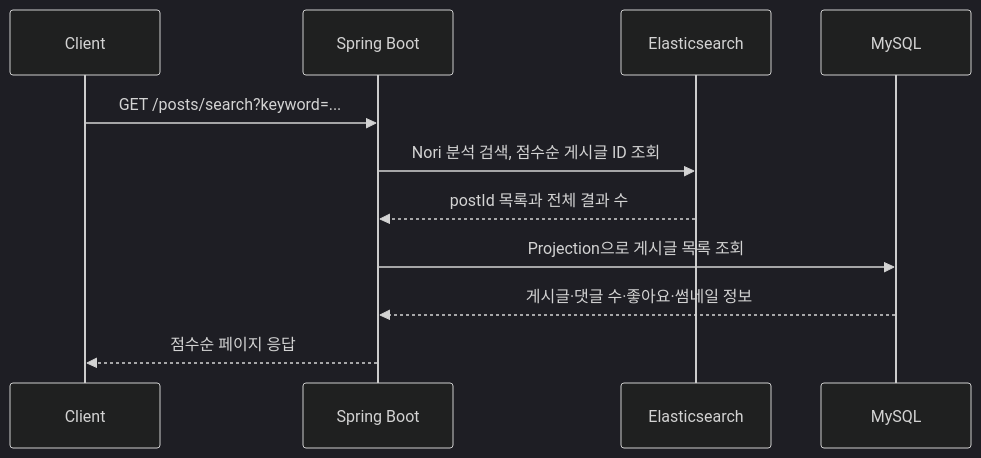
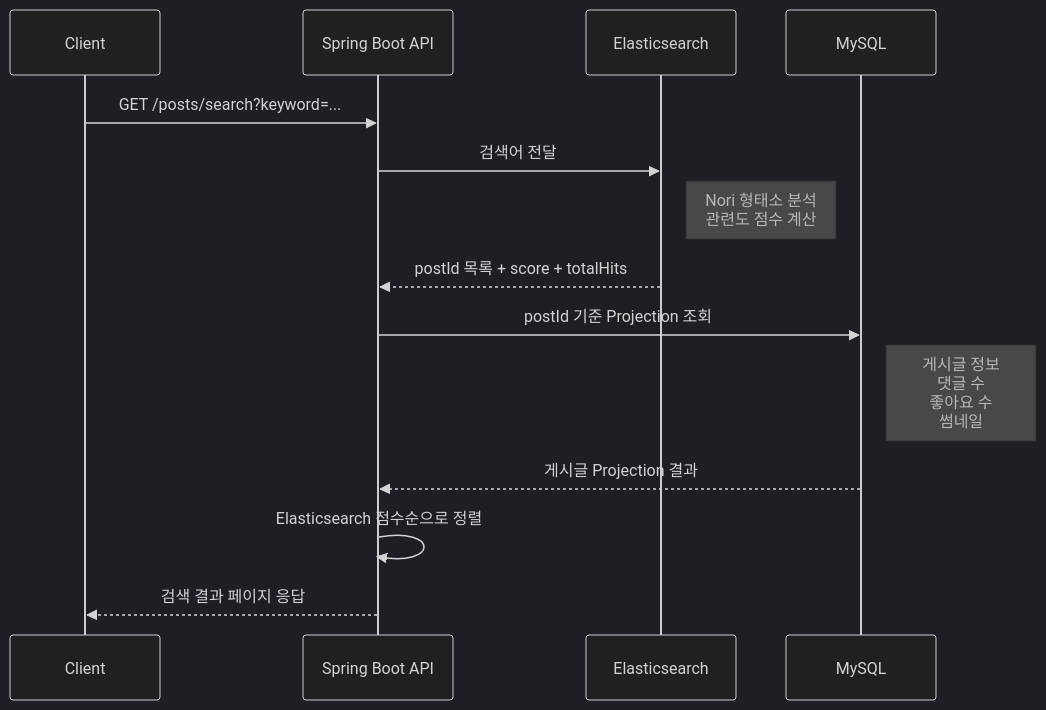
One commit to 100-hours-a-week/KTB4_Martin_Movie_BE changed the first of 2 diagrams in README.md. Above: the diagram before and after it, drawn with Mermaid (dark theme). The commit also changed other lines of this file, not shown here.

````diff
--- a/README.md
+++ b/README.md
@@ -183,14 +168,22 @@
-```mermaid
+```mermaid  
 sequenceDiagram
     participant C as Client
-    participant B as Spring Boot
+    participant API as Spring Boot API
     participant ES as Elasticsearch
     participant DB as MySQL
 
-    C->>B: GET /posts/search?keyword=...
-    B->>ES: Nori 분석 검색, 점수순 게시글 ID 조회
-    ES-->>B: postId 목록과 전체 결과 수
-    B->>DB: Projection으로 게시글 목록 조회
-    DB-->>B: 게시글·댓글 수·좋아요·썸네일 정보
-    B-->>C: 점수순 페이지 응답
-```
+    C->>API: GET /posts/search?keyword=...
+
+    API->>ES: 검색어 전달
+    Note right of ES: Nori 형태소 분석<br/>관련도 점수 계산
+
+    ES-->>API: postId 목록 + score + totalHits
+
+    API->>DB: postId 기준 Projection 조회
+    Note right of DB: 게시글 정보<br/>댓글 수<br/>좋아요 수<br/>썸네일
+
+    DB-->>API: 게시글 Projection 결과
+
+    API->>API: Elasticsearch 점수순으로 정렬
+    API-->>C: 검색 결과 페이지 응답
+```  
````
